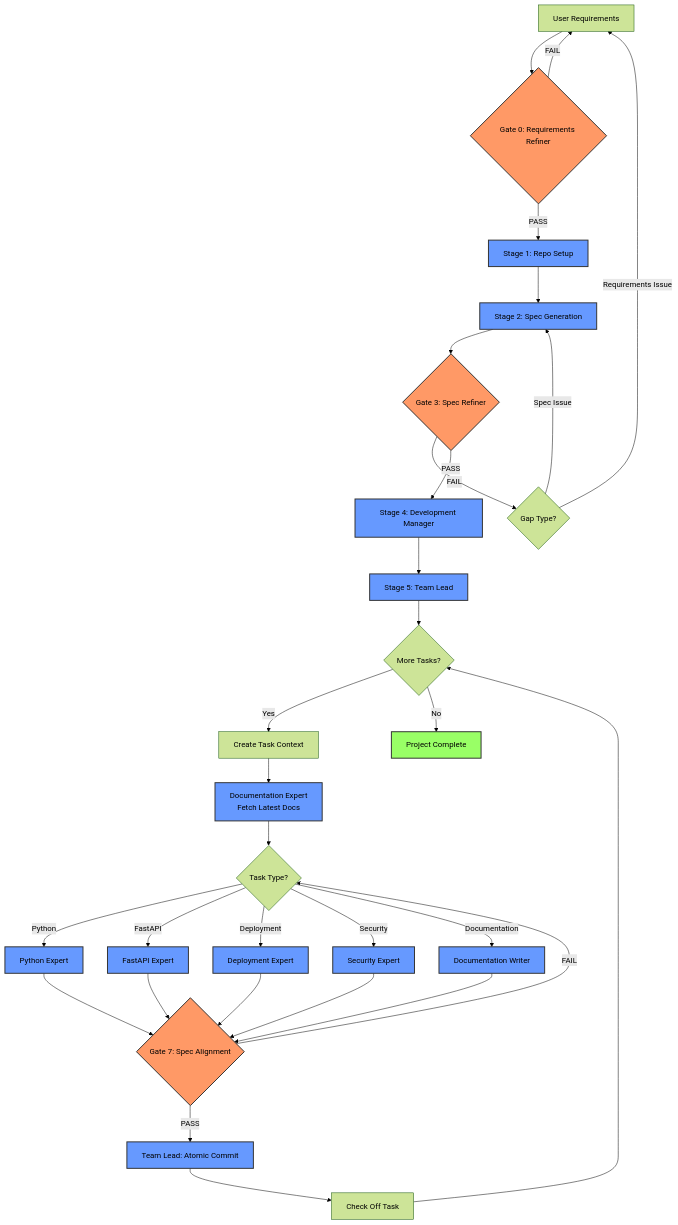
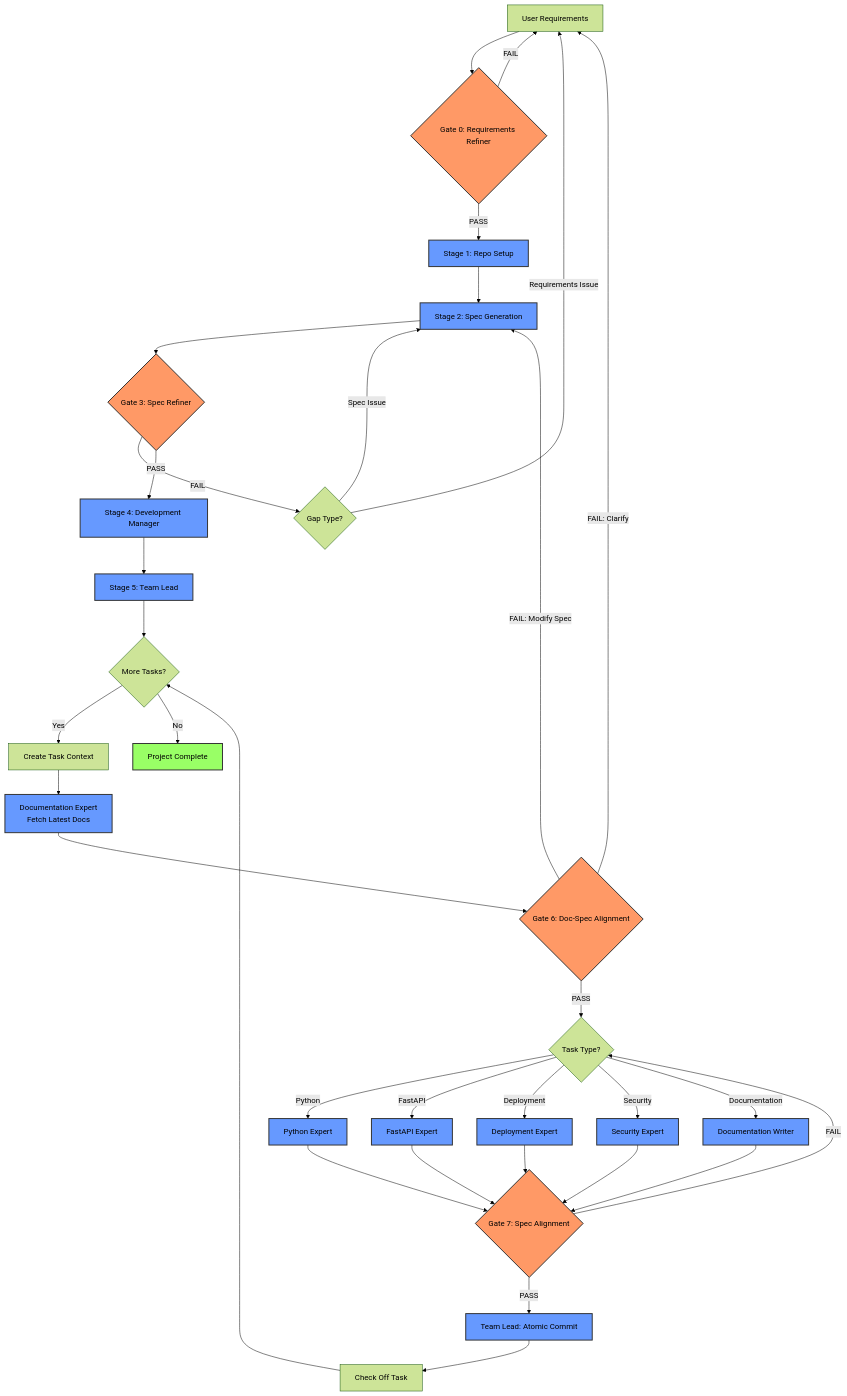
One commit to jsell-rh/agentic-development-plugins changed the diagram in README.md. Above: the diagram before and after it, drawn with Mermaid (forest theme). The commit also changed other lines of this file and 3 other files, not shown here.

First line of the commit message:
feat(gate): add Gate 6 for documentation-spec alignment validation

````diff
--- a/README.md
+++ b/README.md
@@ -67,57 +67,61 @@
 ```mermaid
 graph TD
     A[User Requirements] --> B{Gate 0: Requirements Refiner}
     B -->|FAIL| A
     B -->|PASS| C[Stage 1: Repo Setup]
     C --> D[Stage 2: Spec Generation]
     D --> E{Gate 3: Spec Refiner}
     E -->|FAIL| F{Gap Type?}
     F -->|Requirements Issue| A
     F -->|Spec Issue| D
     E -->|PASS| G[Stage 4: Development Manager]
     G --> H[Stage 5: Team Lead]
 
     H --> I{More Tasks?}
     I -->|Yes| J[Create Task Context]
     J --> K[Documentation Expert<br/>Fetch Latest Docs]
-    K --> L{Task Type?}
+    K --> K2{Gate 6: Doc-Spec Alignment}
+    K2 -->|FAIL: Modify Spec| D
+    K2 -->|FAIL: Clarify| A
+    K2 -->|PASS| L{Task Type?}
     L -->|Python| M[Python Expert]
     L -->|FastAPI| N[FastAPI Expert]
     L -->|Deployment| O[Deployment Expert]
     L -->|Security| P[Security Expert]
     L -->|Documentation| Q[Documentation Writer]
 
     M --> R{Gate 7: Spec Alignment}
     N --> R
     O --> R
     P --> R
     Q --> R
 
     R -->|FAIL| L
     R -->|PASS| S[Team Lead: Atomic Commit]
     S --> T[Check Off Task]
     T --> I
 
     I -->|No| U[Project Complete]
 
     %% Gates in red
     style B fill:#f96,stroke:#333,stroke-width:2px
     style E fill:#f96,stroke:#333,stroke-width:2px
+    style K2 fill:#f96,stroke:#333,stroke-width:2px
     style R fill:#f96,stroke:#333,stroke-width:2px
 
     %% Agents in blue
     style C fill:#69f,stroke:#333,stroke-width:2px
     style D fill:#69f,stroke:#333,stroke-width:2px
     style G fill:#69f,stroke:#333,stroke-width:2px
     style H fill:#69f,stroke:#333,stroke-width:2px
     style K fill:#69f,stroke:#333,stroke-width:2px
     style M fill:#69f,stroke:#333,stroke-width:2px
     style N fill:#69f,stroke:#333,stroke-width:2px
     style O fill:#69f,stroke:#333,stroke-width:2px
     style P fill:#69f,stroke:#333,stroke-width:2px
     style Q fill:#69f,stroke:#333,stroke-width:2px
     style S fill:#69f,stroke:#333,stroke-width:2px
 
     %% Completion in green
     style U fill:#9f6,stroke:#333,stroke-width:2px
 ```
````
